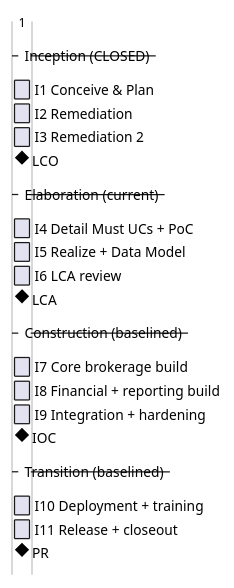
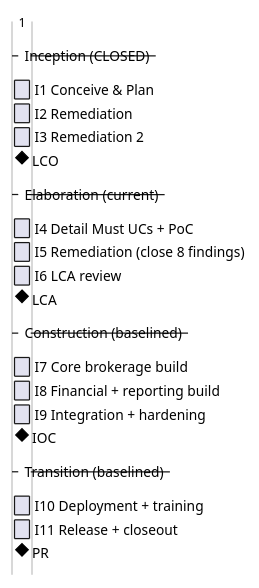
Before and after one commit to banense-test/trademe: the first of 2 diagrams in docs/artifacts/project-management/iteration-plan.md, drawn with PlantUML. The commit also changed other lines of this file, not shown here.

````diff
--- a/docs/artifacts/project-management/iteration-plan.md
+++ b/docs/artifacts/project-management/iteration-plan.md
@@ -21,24 +20,24 @@
 ```plantuml
 @startgantt
 hide footbox
 -- Inception (CLOSED) --
 [I1 Conceive & Plan] lasts 1 days
 [I2 Remediation] lasts 1 days
 [I3 Remediation 2] lasts 1 days
 [LCO] happens at [I3 Remediation 2]'s end
 -- Elaboration (current) --
 [I4 Detail Must UCs + PoC] lasts 1 days
-[I5 Realize + Data Model] lasts 1 days
+[I5 Remediation (close 8 findings)] lasts 1 days
 [I6 LCA review] lasts 1 days
 [LCA] happens at [I6 LCA review]'s end
 -- Construction (baselined) --
 [I7 Core brokerage build] lasts 1 days
 [I8 Financial + reporting build] lasts 1 days
 [I9 Integration + hardening] lasts 1 days
 [IOC] happens at [I9 Integration + hardening]'s end
 -- Transition (baselined) --
 [I10 Deployment + training] lasts 1 days
 [I11 Release + closeout] lasts 1 days
 [PR] happens at [I11 Release + closeout]'s end
 @endgantt
 ```
````
